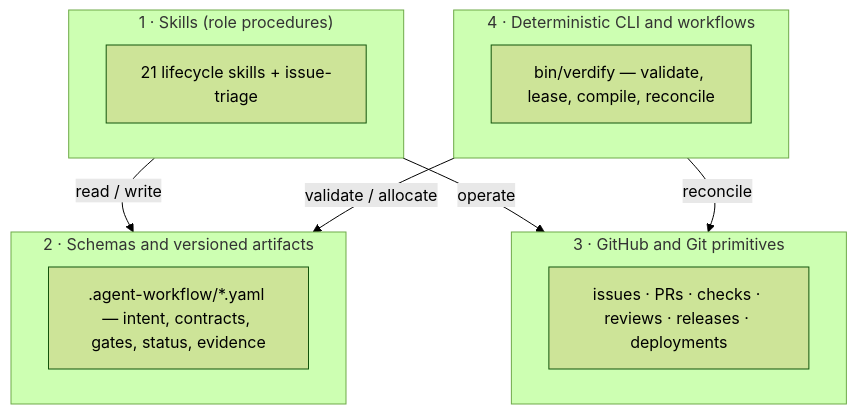
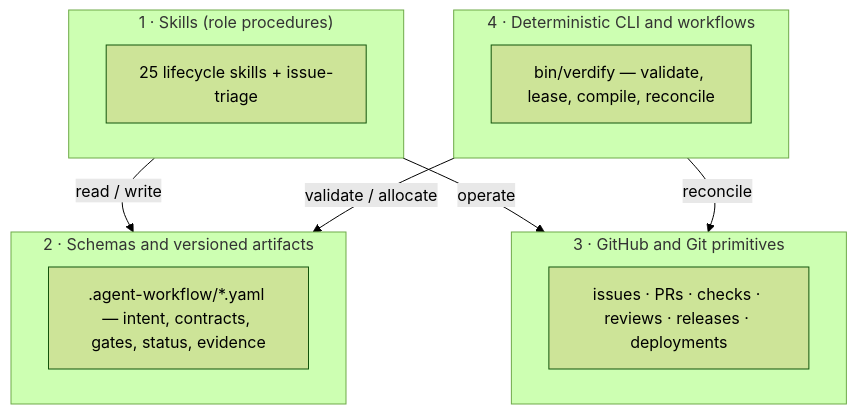
One commit to VerdifyConsultancy/verdify-skills changed the diagram in docs/architecture.md. Above: the diagram before and after it, drawn with Mermaid (forest theme). The commit also changed 3 other files, not shown here.

First line of the commit message:
docs: skill-count truth pass — 25 lifecycle skills + issue-triage (was 18/21)

````diff
--- a/docs/architecture.md
+++ b/docs/architecture.md
@@ -10,19 +10,19 @@
 ```mermaid
 flowchart TB
     subgraph L1["1 · Skills (role procedures)"]
-      S["21 lifecycle skills + issue-triage"]
+      S["25 lifecycle skills + issue-triage"]
     end
     subgraph L2["2 · Schemas and versioned artifacts"]
       A[".agent-workflow/*.yaml — intent, contracts, gates, status, evidence"]
     end
     subgraph L3["3 · GitHub and Git primitives"]
       G["issues · PRs · checks · reviews · releases · deployments"]
     end
     subgraph L4["4 · Deterministic CLI and workflows"]
       C["bin/verdify — validate, lease, compile, reconcile"]
     end
     L1 -->|read / write| L2
     L1 -->|operate| L3
     L4 -->|validate / allocate| L2
     L4 -->|reconcile| L3
 ```
````
